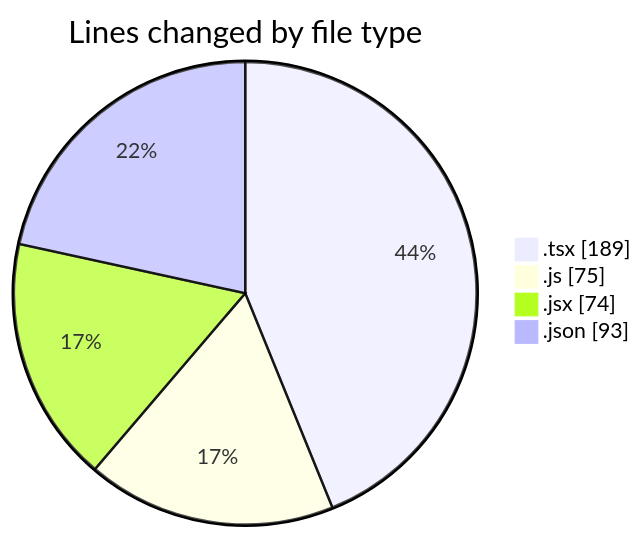
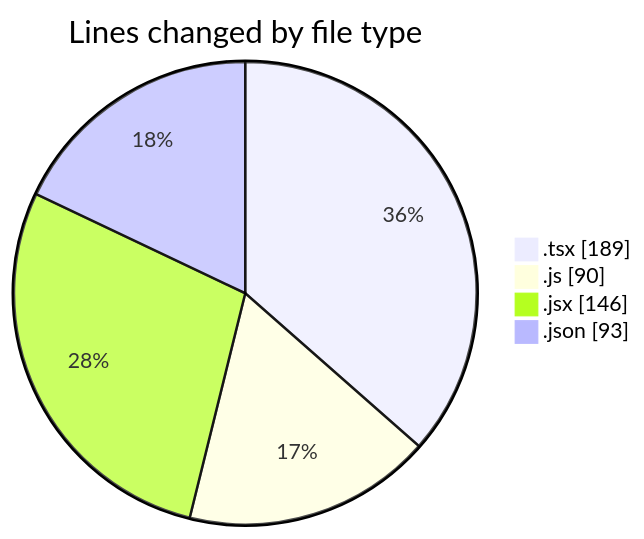
The first of 2 diagrams in 2025-05-08/cda/README.md (momahboobian/code-tracking), drawn with Mermaid before and after one commit. The commit also changed other lines of this file and 1 other file, not shown here.

````diff
--- a/2025-05-08/cda/README.md
+++ b/2025-05-08/cda/README.md
@@ -24,8 +25,8 @@
 ```mermaid
 pie showData
 title Lines changed by file type
 ".tsx" : 189
-".js" : 75
-".jsx" : 74
+".js" : 90
+".jsx" : 146
 ".json" : 93
 ```
````
